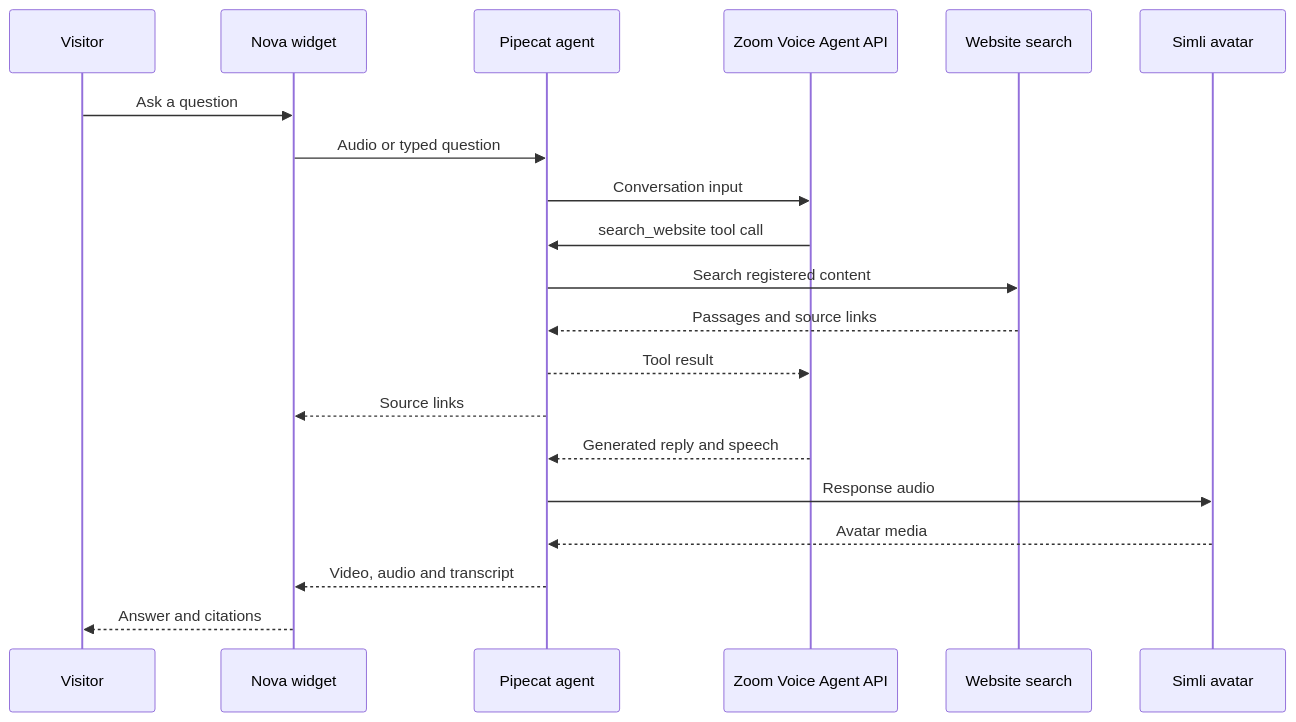
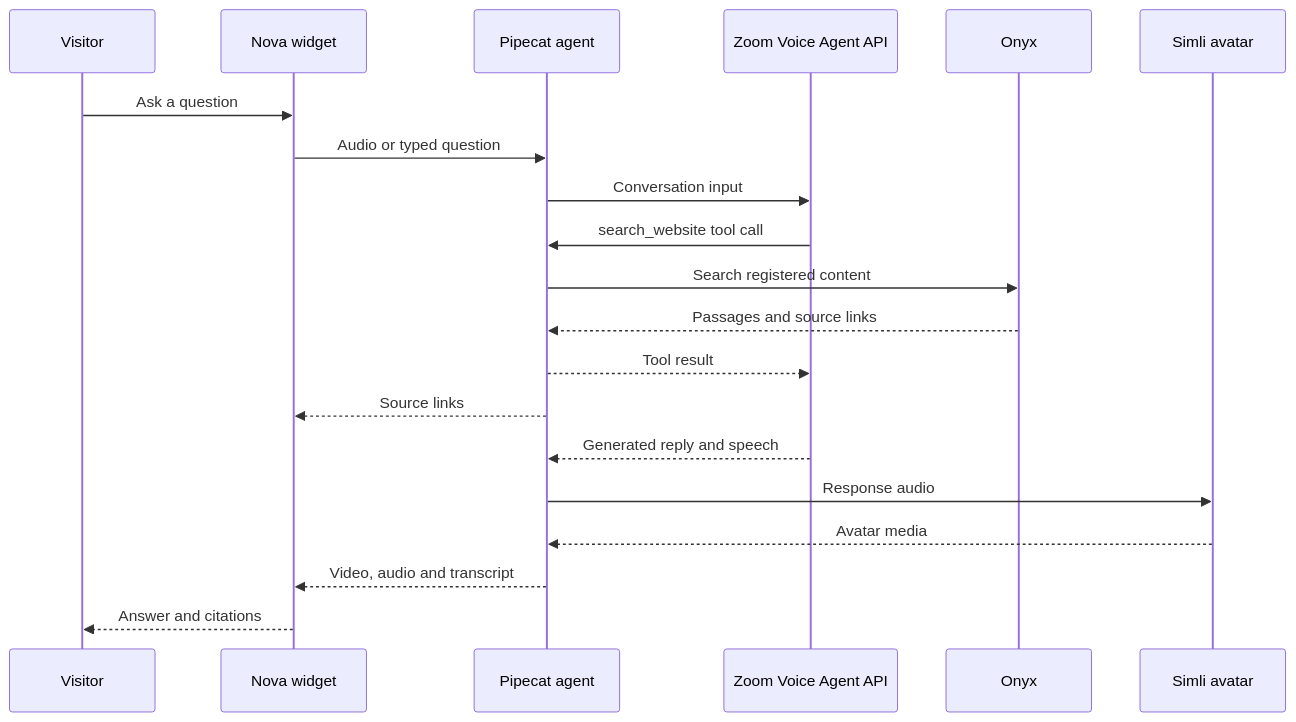
Before and after one commit to ChangliangLiu/nova-website-assistant: the diagram in docs/ZOOM_VOICE_AGENT.md, drawn with Mermaid. The commit also changed other lines of this file and 19 other files, not shown here.

Commit message:
Use Onyx exclusively for knowledge search

````diff
--- a/docs/ZOOM_VOICE_AGENT.md
+++ b/docs/ZOOM_VOICE_AGENT.md
@@ -23,22 +23,22 @@
 ```mermaid
 sequenceDiagram
     participant Visitor
     participant Widget as Nova widget
     participant Agent as Pipecat agent
     participant Zoom as Zoom Voice Agent API
-    participant Search as Website search
+    participant Search as Onyx
     participant Simli as Simli avatar
     Visitor->>Widget: Ask a question
     Widget->>Agent: Audio or typed question
     Agent->>Zoom: Conversation input
     Zoom->>Agent: search_website tool call
     Agent->>Search: Search registered content
     Search-->>Agent: Passages and source links
     Agent-->>Zoom: Tool result
     Agent-->>Widget: Source links
     Zoom-->>Agent: Generated reply and speech
     Agent->>Simli: Response audio
     Simli-->>Agent: Avatar media
     Agent-->>Widget: Video, audio and transcript
     Widget-->>Visitor: Answer and citations
 ```
````
